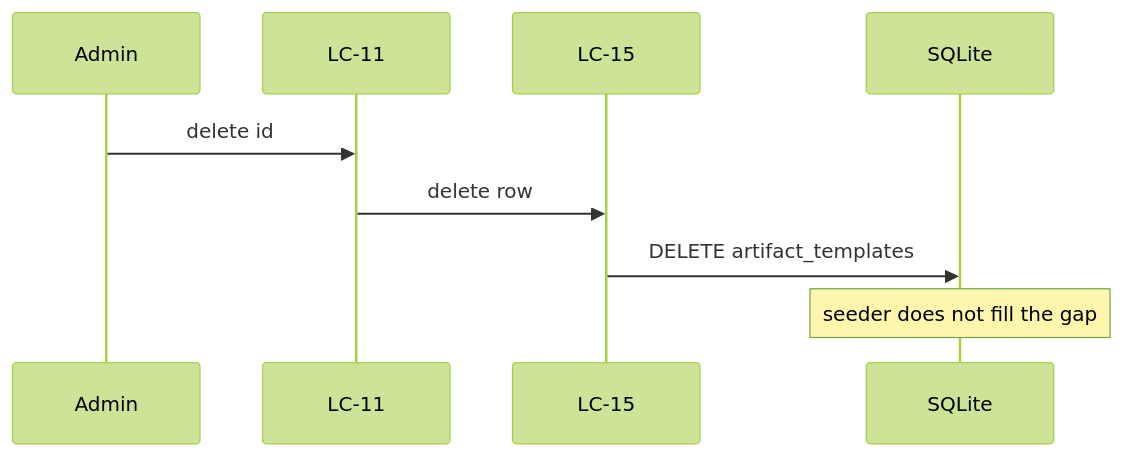
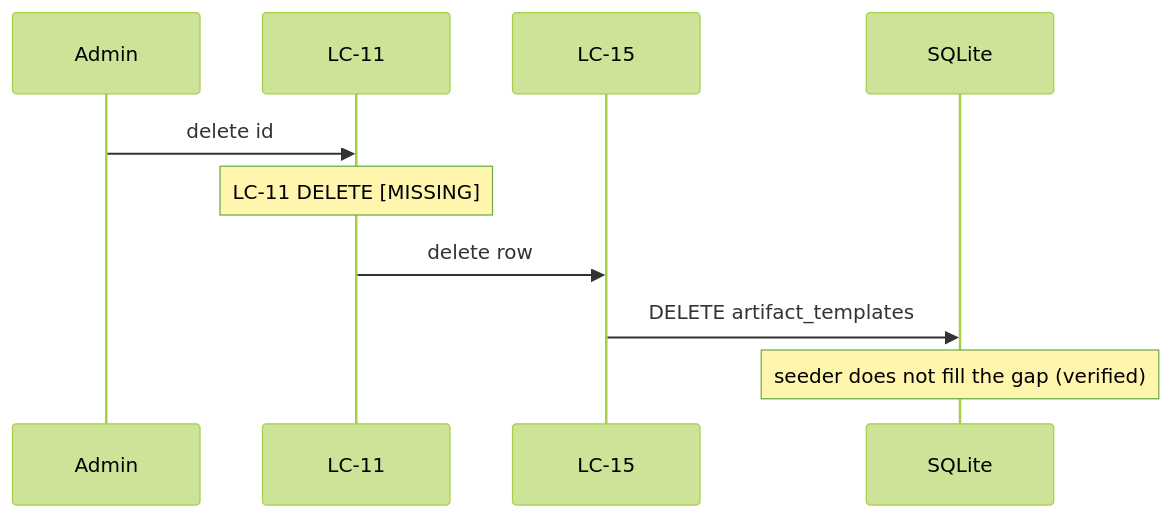
The diagram in .how/registry/06-flows/delete-template.md (wiradigitalid/worship-presenter-web), drawn with Mermaid (forest theme) before and after one commit. The commit also changed other lines of this file and 211 other files, not shown here.

````diff
--- a/.how/registry/06-flows/delete-template.md
+++ b/.how/registry/06-flows/delete-template.md
@@ -27,11 +28,12 @@
 ```mermaid
 sequenceDiagram
   participant A as Admin
   participant G as LC-11
   participant S as LC-15
   participant D as SQLite
   A->>G: delete id
+  Note over G: LC-11 DELETE [MISSING]
   G->>S: delete row
   S->>D: DELETE artifact_templates
-  Note over D: seeder does not fill the gap
+  Note over D: seeder does not fill the gap (verified)
 ```
````
